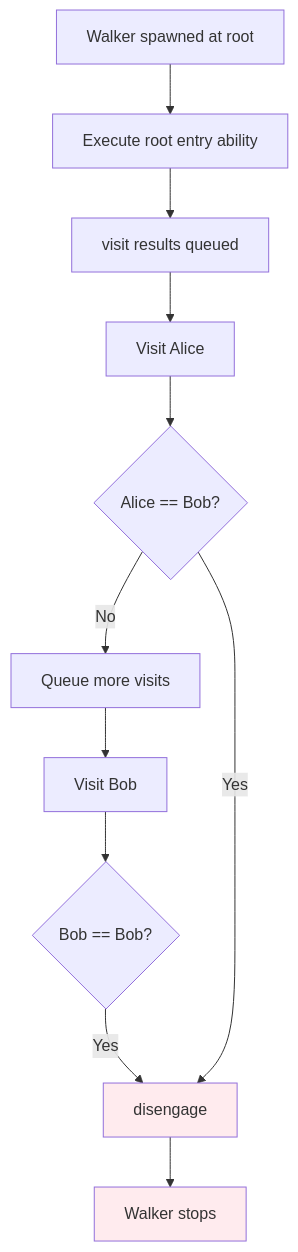
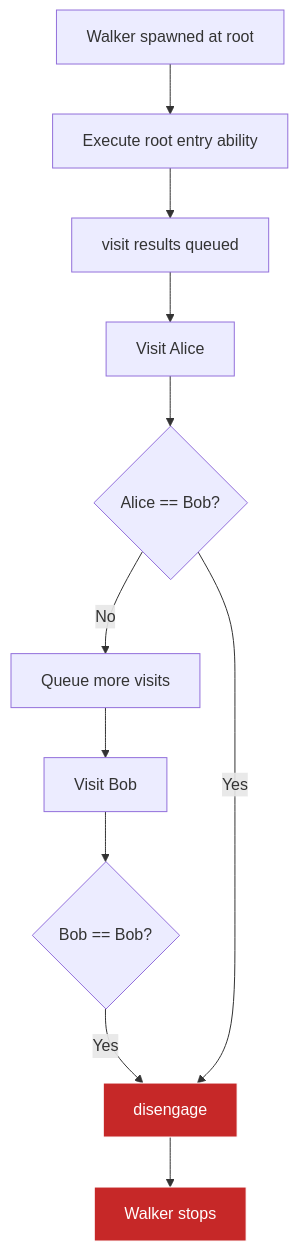
One commit to specialized806/jaseci changed the first of 2 diagrams in jac/examples/reference/disengage_statements.md. Above: the diagram before and after it, drawn with Mermaid. The commit also changed other lines of this file and 13 other files, not shown here.

Commit message:
imporve spec diagram styles

````diff
--- a/jac/examples/reference/disengage_statements.md
+++ b/jac/examples/reference/disengage_statements.md
@@ -30,16 +30,16 @@
 ```mermaid
 graph TD
     A[Walker spawned at root] --> B[Execute root entry ability]
     B --> C[visit results queued]
     C --> D[Visit Alice]
     D --> E{Alice == Bob?}
     E -->|No| F[Queue more visits]
     F --> G[Visit Bob]
     G --> H{Bob == Bob?}
     H -->|Yes| I[disengage]
     I --> J[Walker stops]
     E -->|Yes| I
 
-    style I fill:#ffebee
-    style J fill:#ffebee
+    style I fill:#c62828,stroke:#fff,color:#fff
+    style J fill:#c62828,stroke:#fff,color:#fff
 ```
````
